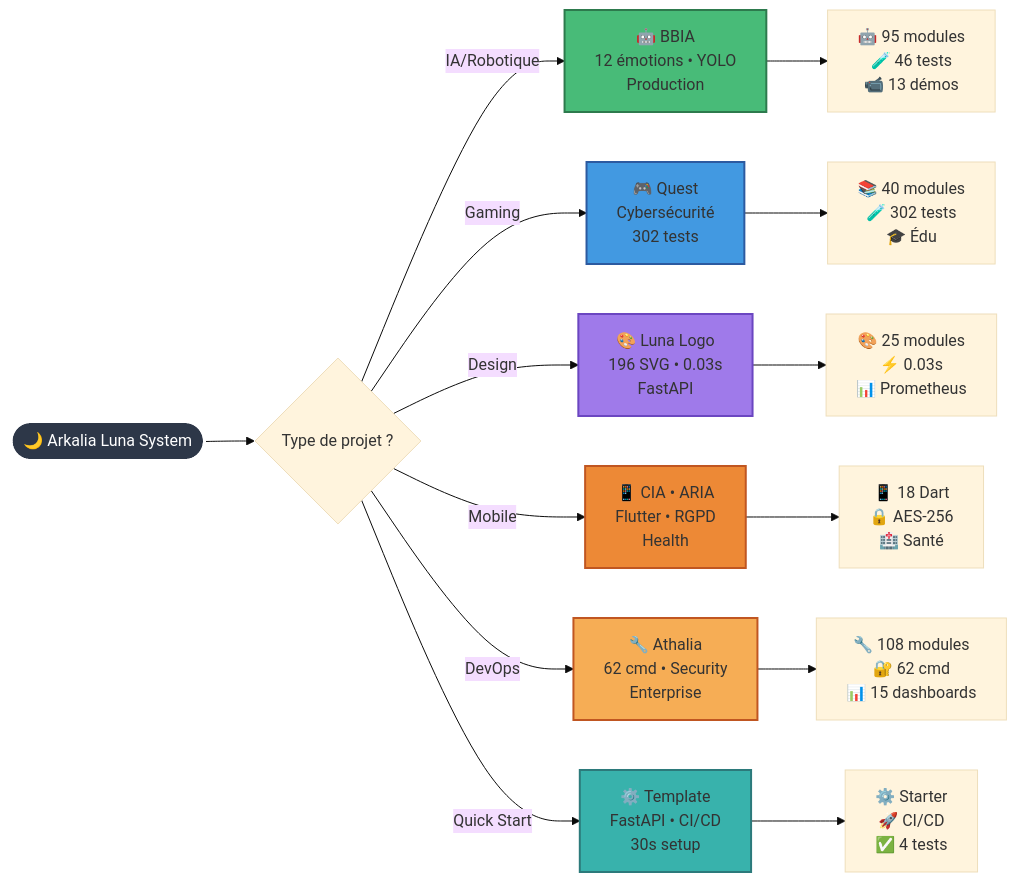
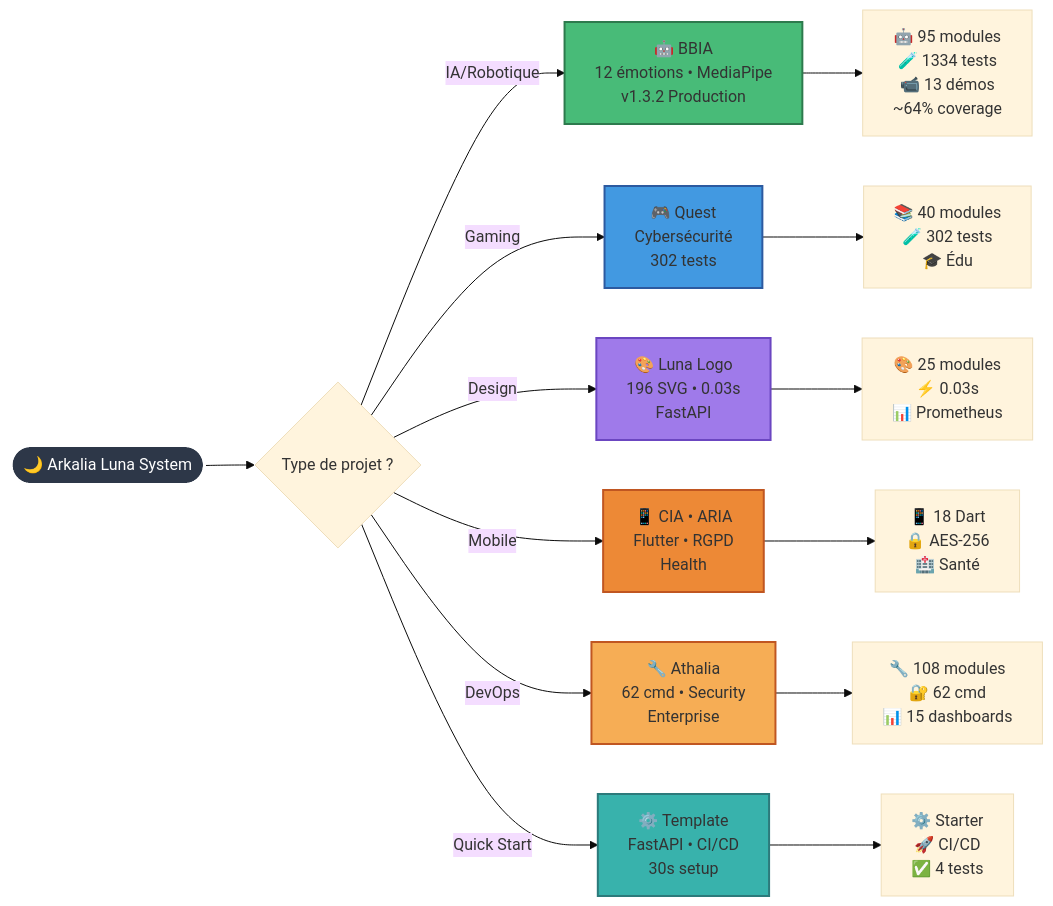
The second of 2 diagrams in README.md (arkalia-luna-system/arkalia-luna-system), drawn with Mermaid (base theme) before and after one commit. The commit also changed other lines of this file, not shown here.

Commit message:
fix: correction métriques incohérentes (11 projets, v1.3.2, 1334 tests) + améliorations visuelles

````diff
--- a/README.md
+++ b/README.md
@@ -340,26 +341,26 @@
 ```mermaid
 flowchart LR
     START([🌙 Arkalia Luna System]) --> TYPE{Type de projet ?}
     
-    TYPE -->|IA/Robotique| BBIA[🤖 BBIA<br/>12 émotions • YOLO<br/>Production]
+    TYPE -->|IA/Robotique| BBIA[🤖 BBIA<br/>12 émotions • MediaPipe<br/>v1.3.2 Production]
     TYPE -->|Gaming| QUEST[🎮 Quest<br/>Cybersécurité<br/>302 tests]
     TYPE -->|Design| LOGO[🎨 Luna Logo<br/>196 SVG • 0.03s<br/>FastAPI]
     TYPE -->|Mobile| CIA[📱 CIA • ARIA<br/>Flutter • RGPD<br/>Health]
     TYPE -->|DevOps| ATHALIA[🔧 Athalia<br/>62 cmd • Security<br/>Enterprise]
     TYPE -->|Quick Start| TEMPLATE[⚙️ Template<br/>FastAPI • CI/CD<br/>30s setup]
     
-    BBIA --> D1[🤖 95 modules<br/>🧪 46 tests<br/>📹 13 démos]
+    BBIA --> D1[🤖 95 modules<br/>🧪 1334 tests<br/>📹 13 démos<br/>~64% coverage]
     QUEST --> D2[📚 40 modules<br/>🧪 302 tests<br/>🎓 Édu]
     LOGO --> D3[🎨 25 modules<br/>⚡ 0.03s<br/>📊 Prometheus]
     CIA --> D4[📱 18 Dart<br/>🔒 AES-256<br/>🏥 Santé]
     ATHALIA --> D5[🔧 108 modules<br/>🔐 62 cmd<br/>📊 15 dashboards]
     TEMPLATE --> D6[⚙️ Starter<br/>🚀 CI/CD<br/>✅ 4 tests]
     
     style START fill:#2d3748,stroke:#ffffff,stroke-width:3px,color:#ffffff
     style BBIA fill:#48bb78,stroke:#2d7a4d,stroke-width:2px
     style QUEST fill:#4299e1,stroke:#2c5aa0,stroke-width:2px
     style LOGO fill:#9f7aea,stroke:#6b46c1,stroke-width:2px
     style CIA fill:#ed8936,stroke:#c05621,stroke-width:2px
     style ATHALIA fill:#f6ad55,stroke:#c05621,stroke-width:2px
     style TEMPLATE fill:#38b2ac,stroke:#2c7a7b,stroke-width:2px
 ```
````
